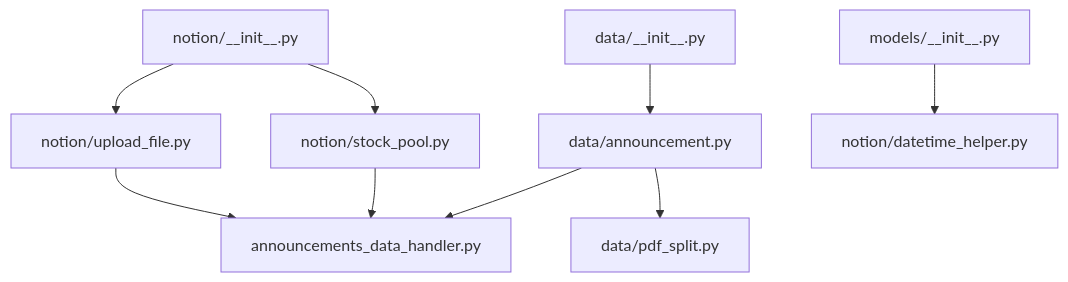
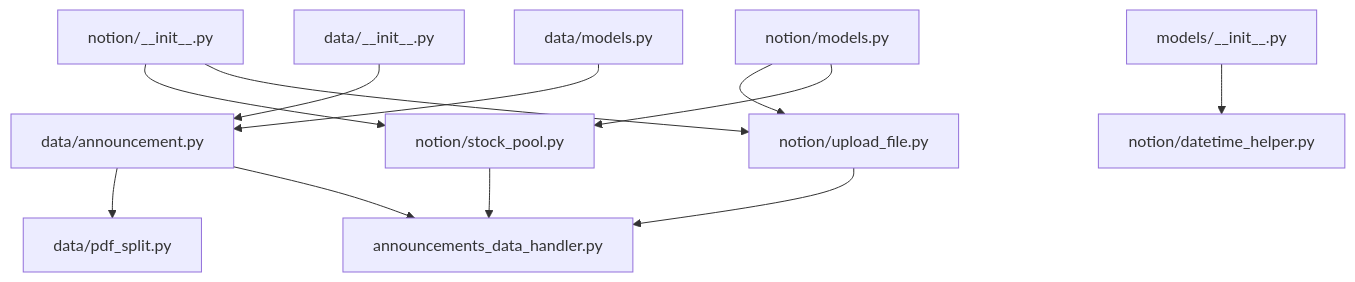
The eighth of 8 diagrams in .qoder/repowiki/zh/content/核心模块详解/数据模型定义/数据模型定义.md (iverwong/DataLife), drawn with Mermaid before and after one commit. The commit also changed other lines of this file and 6 other files, not shown here.

````diff
--- a/.qoder/repowiki/zh/content/核心模块详解/数据模型定义/数据模型定义.md
+++ b/.qoder/repowiki/zh/content/核心模块详解/数据模型定义/数据模型定义.md
@@ -342,11 +569,14 @@
 ```mermaid
 graph TB
 D1["data/announcement.py"] --> D2["data/pdf_split.py"]
 D1 --> H1["announcements_data_handler.py"]
 N1["notion/stock_pool.py"] --> H1
 N2["notion/upload_file.py"] --> H1
 M1["models/__init__.py"] --> DH["notion/datetime_helper.py"]
 NI["notion/__init__.py"] --> N1
 NI --> N2
 DI["data/__init__.py"] --> D1
+PM1["data/models.py"] --> D1
+PM2["notion/models.py"] --> N2
+PM2 --> N1
 ```
````
